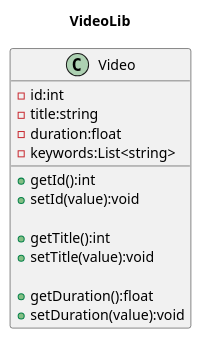
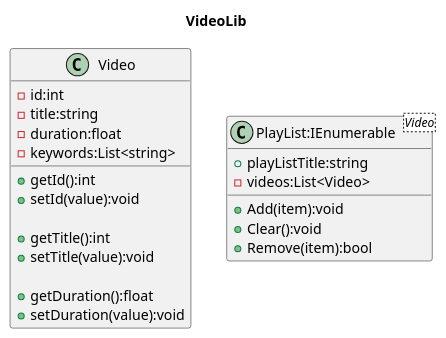
One commit to drmsbgr/OOP changed the diagram in OOP/Week3/VideoLib/models/VideoModel.wsd. Above: the diagram before and after it, drawn with PlantUML. The commit also changed 6 other files, not shown here.

```diff
--- a/OOP/Week3/VideoLib/models/VideoModel.wsd
+++ b/OOP/Week3/VideoLib/models/VideoModel.wsd
@@ -1,18 +1,26 @@
 @startuml VideoLib
 title VideoLib
 class Video{
     -id:int
     -title:string
     -duration:float
     -keywords:List<string>
 
     +getId():int
     +setId(value):void
 
     +getTitle():int
     +setTitle(value):void
 
     +getDuration():float
     +setDuration(value):void
 }
+
+class PlayList:IEnumerable<Video>{
+    +playListTitle:string
+    -videos:List<Video>
+    +Add(item):void
+    +Clear():void
+    +Remove(item):bool
+}
 @enduml
```
